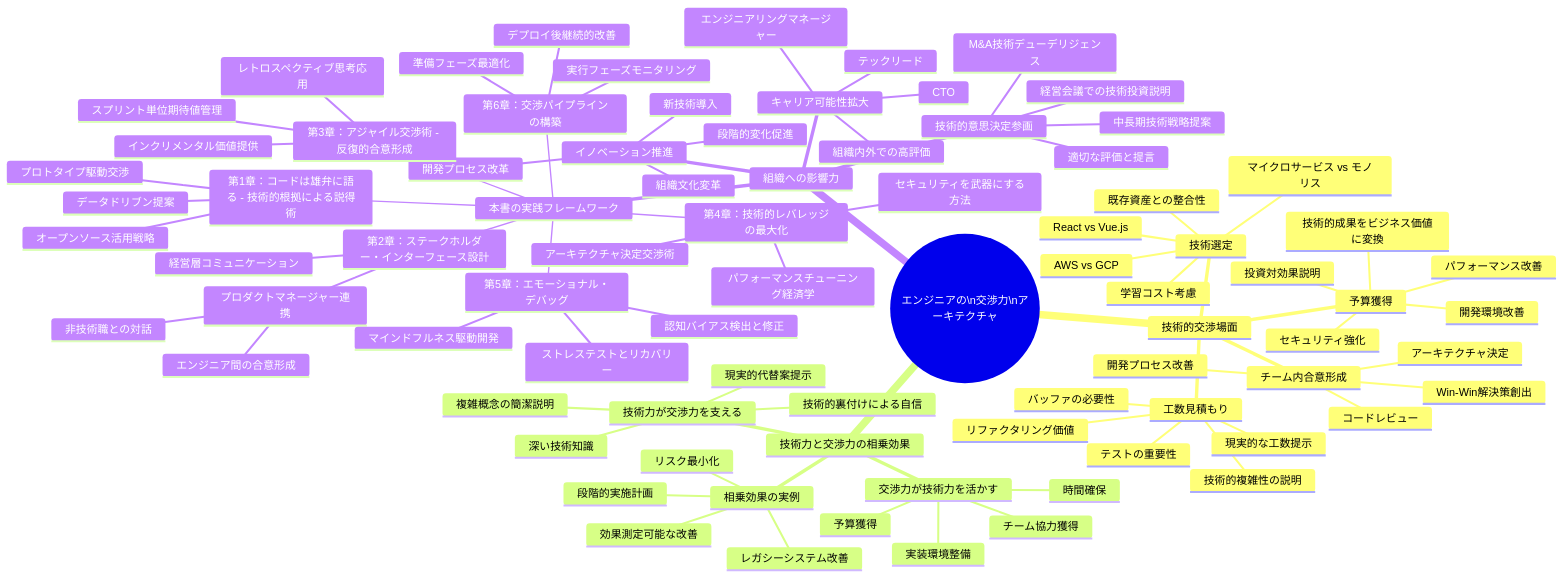
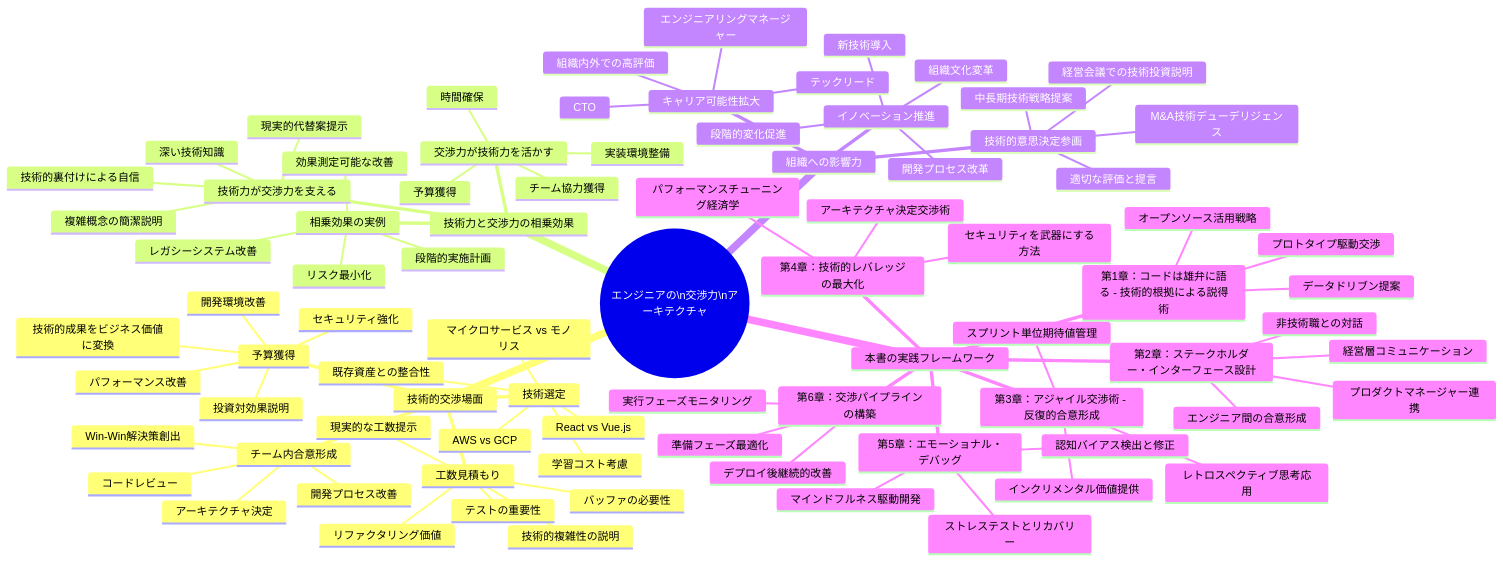
The first of 2 diagrams in docs/src/introduction/index.md (itdojp/negotiation-for-engineers-book), drawn with Mermaid before and after one commit. The commit also changed 1 other file, not shown here.

Commit message:
fix: address PR review feedback (indentation, ROI format)

````diff
--- a/docs/src/introduction/index.md
+++ b/docs/src/introduction/index.md
@@ -157,30 +157,30 @@
         エンジニアリングマネージャー
         CTO
         組織内外での高評価
-	    本書の実践フレームワーク
-	      第1章：コードは雄弁に語る - 技術的根拠による説得術
-	        プロトタイプ駆動交渉
-	        データドリブン提案
-	        オープンソース活用戦略
-	      第2章：ステークホルダー・インターフェース設計
+    本書の実践フレームワーク
+      第1章：コードは雄弁に語る - 技術的根拠による説得術
+        プロトタイプ駆動交渉
+        データドリブン提案
+        オープンソース活用戦略
+      第2章：ステークホルダー・インターフェース設計
         経営層コミュニケーション
         プロダクトマネージャー連携
-	        エンジニア間の合意形成
-	        非技術職との対話
-	      第3章：アジャイル交渉術 - 反復的合意形成
-	        インクリメンタル価値提供
-	        スプリント単位期待値管理
-	        レトロスペクティブ思考応用
-	      第4章：技術的レバレッジの最大化
-	        アーキテクチャ決定交渉術
-	        セキュリティを武器にする方法
-	        パフォーマンスチューニング経済学
-	      第5章：エモーショナル・デバッグ
-	        認知バイアス検出と修正
-	        ストレステストとリカバリー
-	        マインドフルネス駆動開発
-	      第6章：交渉パイプラインの構築
-	        準備フェーズ最適化
-	        実行フェーズモニタリング
-	        デプロイ後継続的改善
+        エンジニア間の合意形成
+        非技術職との対話
+      第3章：アジャイル交渉術 - 反復的合意形成
+        インクリメンタル価値提供
+        スプリント単位期待値管理
+        レトロスペクティブ思考応用
+      第4章：技術的レバレッジの最大化
+        アーキテクチャ決定交渉術
+        セキュリティを武器にする方法
+        パフォーマンスチューニング経済学
+      第5章：エモーショナル・デバッグ
+        認知バイアス検出と修正
+        ストレステストとリカバリー
+        マインドフルネス駆動開発
+      第6章：交渉パイプラインの構築
+        準備フェーズ最適化
+        実行フェーズモニタリング
+        デプロイ後継続的改善
 ```
````
